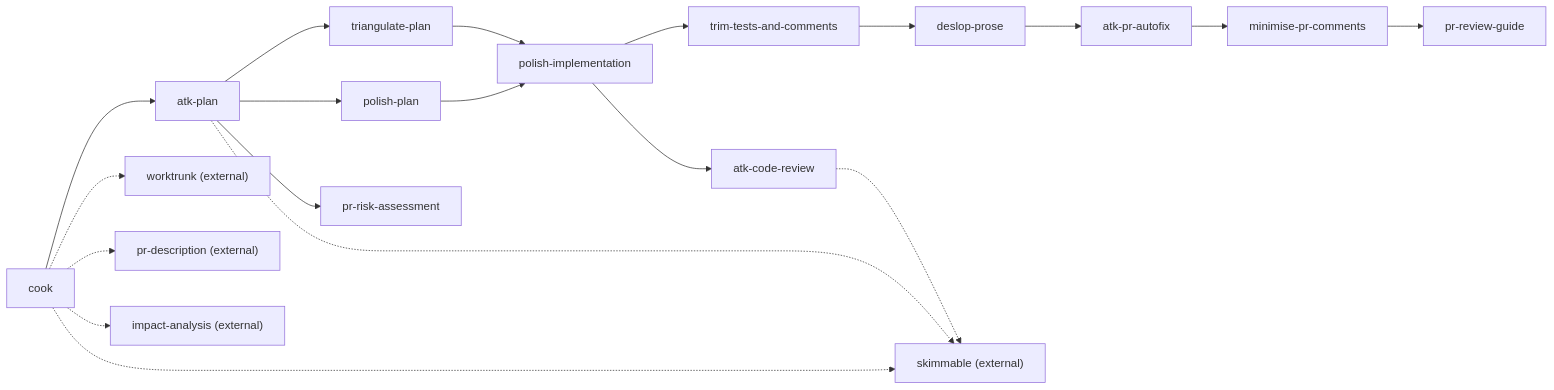
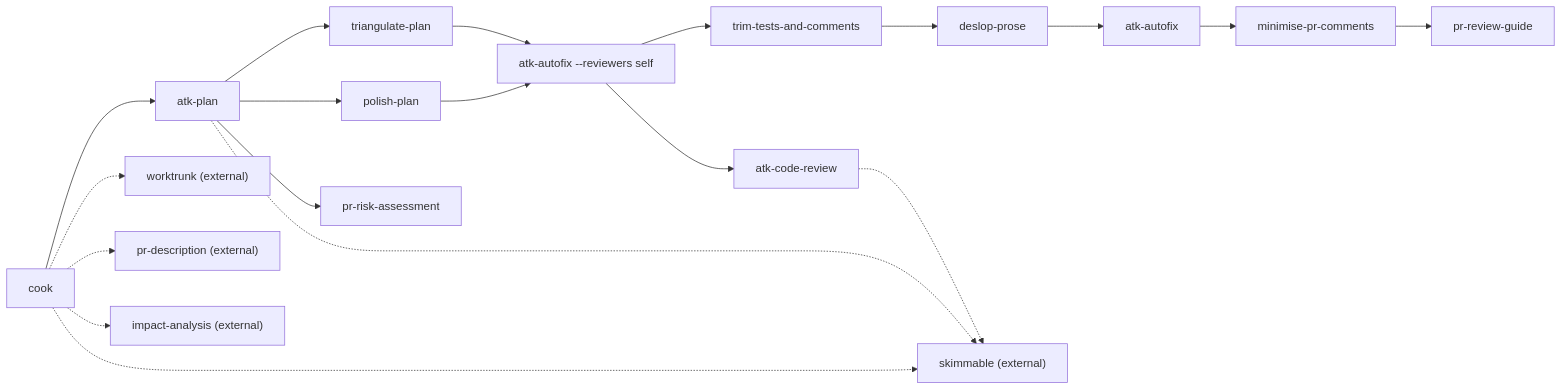
The diagram in docs/skills.md (rstacruz/agentic-toolkit), drawn with Mermaid before and after one commit. The commit also changed other lines of this file and 19 other files, not shown here.

First line of the commit message:
Skills: rename atk-pr-autofix to atk-autofix, add self-review (#16)

````diff
--- a/docs/skills.md
+++ b/docs/skills.md
@@ -5,22 +5,22 @@
 ```mermaid
 graph LR
   cook["cook"] --> atk_plan["atk-plan"]
   atk_plan --> polish_plan["polish-plan"]
   atk_plan --> triangulate_plan["triangulate-plan"]
   atk_plan --> pr_risk_assessment["pr-risk-assessment"]
-  polish_plan --> polish_implementation["polish-implementation"]
-  triangulate_plan --> polish_implementation
-  polish_implementation --> atk_code_review["atk-code-review"]
-  polish_implementation --> trim_tests_and_comments["trim-tests-and-comments"]
+  polish_plan --> self_review["atk-autofix --reviewers self"]
+  triangulate_plan --> self_review
+  self_review --> atk_code_review["atk-code-review"]
+  self_review --> trim_tests_and_comments["trim-tests-and-comments"]
   trim_tests_and_comments --> deslop_prose["deslop-prose"]
-  deslop_prose --> atk_pr_autofix["atk-pr-autofix"]
-  atk_pr_autofix --> minimise_pr_comments["minimise-pr-comments"]
+  deslop_prose --> atk_autofix["atk-autofix"]
+  atk_autofix --> minimise_pr_comments["minimise-pr-comments"]
   minimise_pr_comments --> pr_review_guide["pr-review-guide"]
 
   cook -.-> worktrunk["worktrunk (external)"]
   cook -.-> pr_description["pr-description (external)"]
   cook -.-> impact_analysis["impact-analysis (external)"]
   cook -.-> skimmable["skimmable (external)"]
   atk_plan -.-> skimmable
   atk_code_review -.-> skimmable
 ```
````
